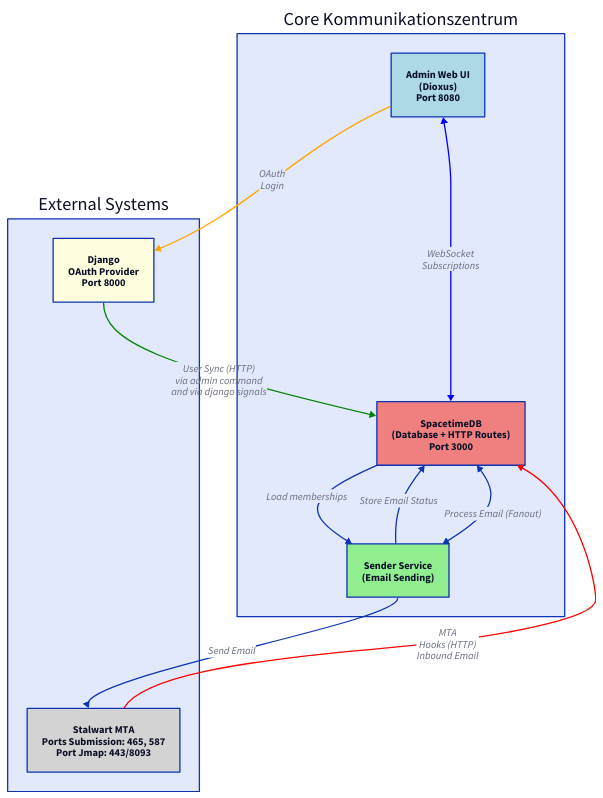
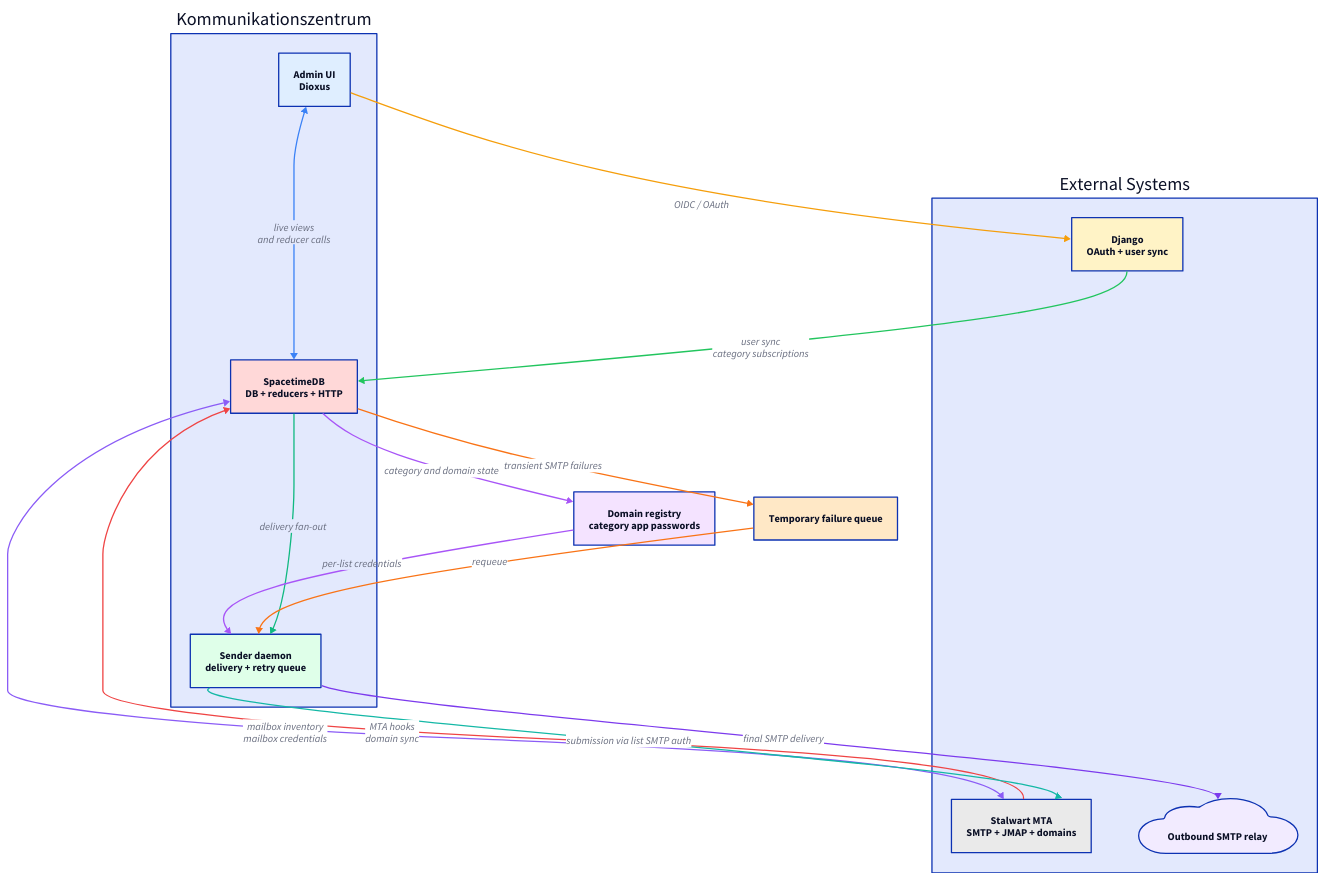
One commit to enaut/kommunikationszentrum changed the diagram in docs/src/core/architecture-overview.d2. Above: the diagram before and after it, drawn with D2. The commit also changed 14 other files, not shown here.

Commit message:
Rework docs: add Sender daemon and retry pipeline

```diff
--- a/docs/src/core/architecture-overview.d2
+++ b/docs/src/core/architecture-overview.d2
@@ -1,45 +1,73 @@
 direction: down
 
-
 external: "External Systems" {
-direction: down
-django: "Django\nOAuth Provider\nPort 8000" {
-  style.fill: lightyellow
-}
-
-stalwart: "Stalwart MTA\nPorts Submission: 465, 587\nPort Jmap: 443/8093" {
-  style.fill: lightgray
-}
-}
-
-core: "Core Kommunikationszentrum" {
-  admin_ui: "Admin Web UI\n(Dioxus)\nPort 8080" {
-  style.fill: lightblue
-}
-spacetimedb: "SpacetimeDB\n(Database + HTTP Routes)\nPort 3000" {
-  style.fill: lightcoral
-}
-sender: "Sender Service\n(Email Sending)" {
-  style.fill: lightgreen
+  direction: right
+  django: "Django\nOAuth + user sync" {
+    style.fill: "#fff3c6"
+  }
+  stalwart: "Stalwart MTA\nSMTP + JMAP + domains" {
+    style.fill: "#eaeaea"
+  }
+  relay: "Outbound SMTP relay" {
+    shape: cloud
+    style.fill: "#f2ebff"
   }
 }
 
+core: "Kommunikationszentrum" {
+  direction: right
+  admin: "Admin UI\nDioxus" {
+    style.fill: "#dfeeff"
+  }
+  db: "SpacetimeDB\nDB + reducers + HTTP" {
+    style.fill: "#ffd8d8"
+  }
+  sender: "Sender daemon\ndelivery + retry queue" {
+    style.fill: "#dfffe9"
+  }
+}
 
+retry: "Temporary failure queue" {
+  style.fill: "#ffe8c6"
+}
 
+domains: "Domain registry\ncategory app passwords" {
+  style.fill: "#f4e3ff"
+}
 
-core.admin_ui <-> core.spacetimedb: "WebSocket\nSubscriptions" {
-  style.stroke: blue
+core.admin <-> core.db: "live views\nand reducer calls" {
+  style.stroke: "#3b82f6"
 }
-core.admin_ui -> external.django: "OAuth\nLogin" {
-  style.stroke: orange
+core.admin -> external.django: "OIDC / OAuth" {
+  style.stroke: "#f59e0b"
 }
-external.stalwart -> core.spacetimedb: "MTA\nHooks (HTTP)\nInbound Email" {
-  style.stroke: red
+external.django -> core.db: "user sync\ncategory subscriptions" {
+  style.stroke: "#22c55e"
 }
-external.django -> core.spacetimedb: "User Sync (HTTP)\nvia admin command\nand via django signals" {
-  style.stroke: green
+external.stalwart -> core.db: "MTA hooks\ndomain sync" {
+  style.stroke: "#ef4444"
 }
-core.sender -> external.stalwart: "Send Email"
-core.sender -> core.spacetimedb: "Store Email Status"
-core.sender <-> core.spacetimedb: "Process Email (Fanout)"
-core.spacetimedb -> core.sender: "Load memberships"
+external.stalwart <-> core.db: "mailbox inventory\nmailbox credentials" {
+  style.stroke: "#8b5cf6"
+}
+core.db -> core.sender: "delivery fan-out" {
+  style.stroke: "#10b981"
+}
+core.db -> retry: "transient SMTP failures" {
+  style.stroke: "#f97316"
+}
+retry -> core.sender: "requeue" {
+  style.stroke: "#f97316"
+}
+core.sender -> external.stalwart: "submission via list SMTP auth" {
+  style.stroke: "#14b8a6"
+}
+core.sender -> external.relay: "final SMTP delivery" {
+  style.stroke: "#7c3aed"
+}
+core.db -> domains: "category and domain state" {
+  style.stroke: "#a855f7"
+}
+domains -> core.sender: "per-list credentials" {
+  style.stroke: "#a855f7"
+}
```
